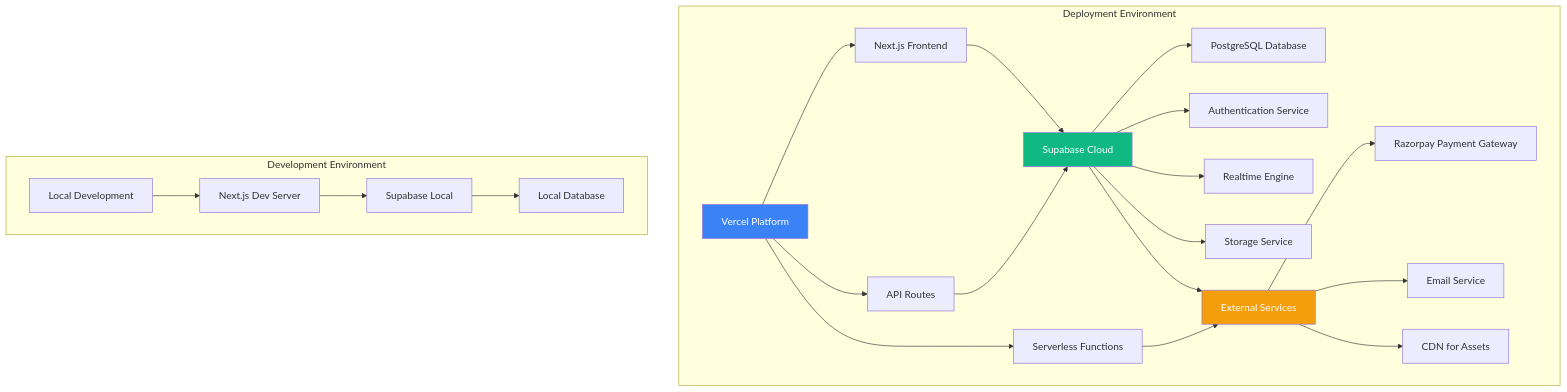
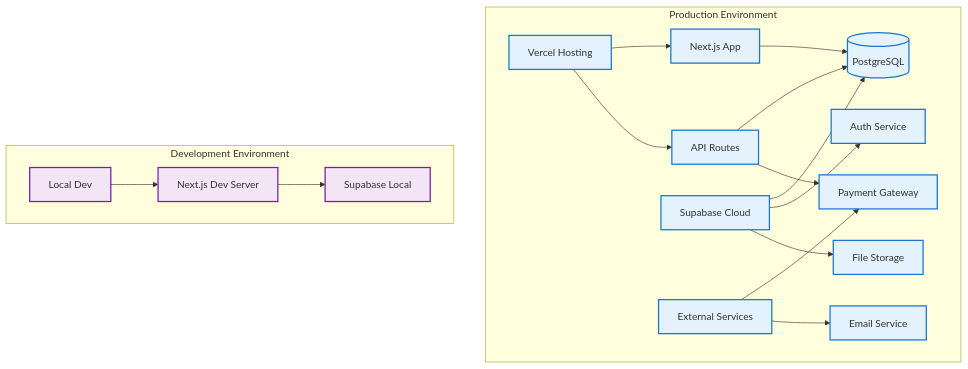
Before and after one commit to Om7035/student-market: the sixth of 11 diagrams in ARCHITECTURE_DIAGRAMS.md, drawn with Mermaid. The commit also changed other lines of this file, not shown here.

````diff
--- a/ARCHITECTURE_DIAGRAMS.md
+++ b/ARCHITECTURE_DIAGRAMS.md
@@ -507,32 +348,37 @@
 ```mermaid
 graph TB
-    subgraph "Deployment Environment"
-        A[Vercel Platform] --> B[Next.js Frontend]
-        A --> C[API Routes]
-        A --> D[Serverless Functions]
+    subgraph Production [Production Environment]
+        Vercel[Vercel Hosting]
+        Supabase[Supabase Cloud]
+        External[External Services]
         
-        E[Supabase Cloud] --> F[PostgreSQL Database]
-        E --> G[Authentication Service]
-        E --> H[Realtime Engine]
-        E --> I[Storage Service]
+        Vercel --> Frontend[Next.js App]
+        Vercel --> API[API Routes]
         
-        J[External Services] --> K[Razorpay Payment Gateway]
-        J --> L[Email Service]
-        J --> M[CDN for Assets]
+        Supabase --> Database[(PostgreSQL)]
+        Supabase --> Auth[Auth Service]
+        Supabase --> Storage[File Storage]
+        
+        External --> Razorpay[Payment Gateway]
+        External --> Email[Email Service]
     end
     
-    subgraph "Development Environment"
-        N[Local Development] --> O[Next.js Dev Server]
-        O --> P[Supabase Local]
-        P --> Q[Local Database]
+    subgraph Development [Development Environment]
+        Local[Local Dev]
+        DevServer[Next.js Dev Server]
+        LocalSupabase[Supabase Local]
+        
+        Local --> DevServer
+        DevServer --> LocalSupabase
     end
     
-    B --> E
-    C --> E
-    D --> J
-    E --> J
+    Frontend --> Database
+    API --> Database
+    API --> Razorpay
     
-    style A fill:#3b82f6,color:white
-    style E fill:#10b981,color:white
-    style J fill:#f59e0b,color:white
+    classDef prodBox fill:#e3f2fd,stroke:#1976d2,stroke-width:2px
+    classDef devBox fill:#f3e5f5,stroke:#7b1fa2,stroke-width:2px
+    
+    class Vercel,Supabase,External,Frontend,API,Database,Auth,Storage,Razorpay,Email prodBox
+    class Local,DevServer,LocalSupabase devBox
 ```
````
